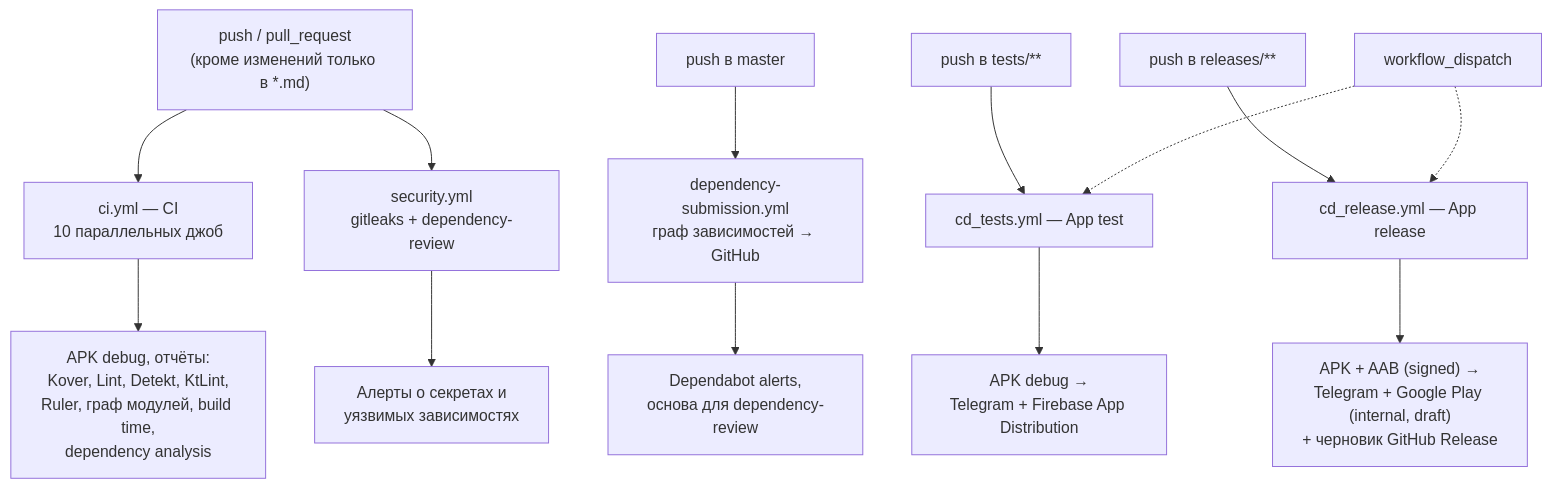
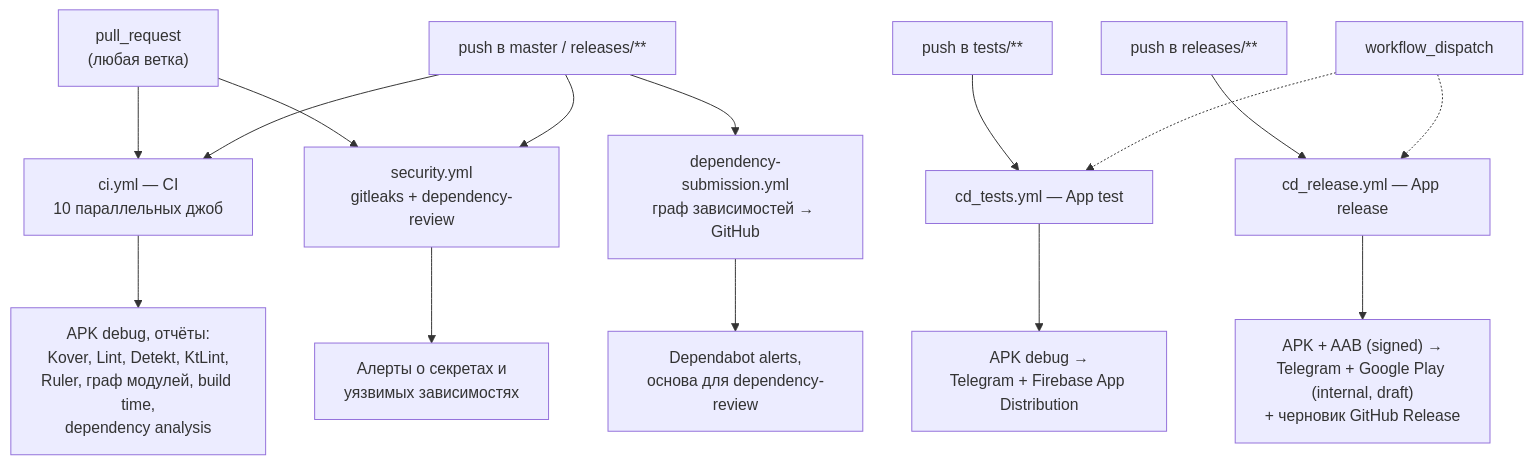
The first of 3 diagrams in docs/ci-cd.md (IliaVoskoboinikov/Finance-Manager), drawn with Mermaid before and after one commit. The commit also changed other lines of this file and 11 other files, not shown here.

Commit message:
- moduleGraphAssert: высота графа и запрещённые рёбра вместо пустой задачи - единый JDK 21 во всех джобах, удалён дублирующий nav-graph.yml - CI на pull_request без paths-ignore: required-чеки не зависают на docs-only PR

````diff
--- a/docs/ci-cd.md
+++ b/docs/ci-cd.md
@@ -14,16 +14,18 @@
 ```mermaid
 flowchart TD
-    push["push / pull_request<br/>(кроме изменений только в *.md)"] --> ci["ci.yml — CI<br/>10 параллельных джоб"]
-    push --> sec["security.yml<br/>gitleaks + dependency-review"]
-    pushM["push в master"] --> dep["dependency-submission.yml<br/>граф зависимостей → GitHub"]
+    pr["pull_request<br/>(любая ветка)"] --> ci["ci.yml — CI<br/>10 параллельных джоб"]
+    pushM["push в master / releases/**"] --> ci
+    pr --> sec["security.yml<br/>gitleaks + dependency-review"]
+    pushM --> sec
+    pushM --> dep["dependency-submission.yml<br/>граф зависимостей → GitHub"]
     pushT["push в tests/**"] --> cdt["cd_tests.yml — App test"]
     pushR["push в releases/**"] --> cdr["cd_release.yml — App release"]
     wd["workflow_dispatch"] -.-> cdt
     wd -.-> cdr
 
     ci --> art1["APK debug, отчёты:<br/>Kover, Lint, Detekt, KtLint,<br/>Ruler, граф модулей, build time,<br/>dependency analysis"]
     sec --> art4["Алерты о секретах и<br/>уязвимых зависимостях"]
     dep --> art5["Dependabot alerts,<br/>основа для dependency-review"]
     cdt --> art2["APK debug →<br/>Telegram + Firebase App Distribution"]
     cdr --> art3["APK + AAB (signed) →<br/>Telegram + Google Play (internal, draft)<br/>+ черновик GitHub Release"]
 ```
````
